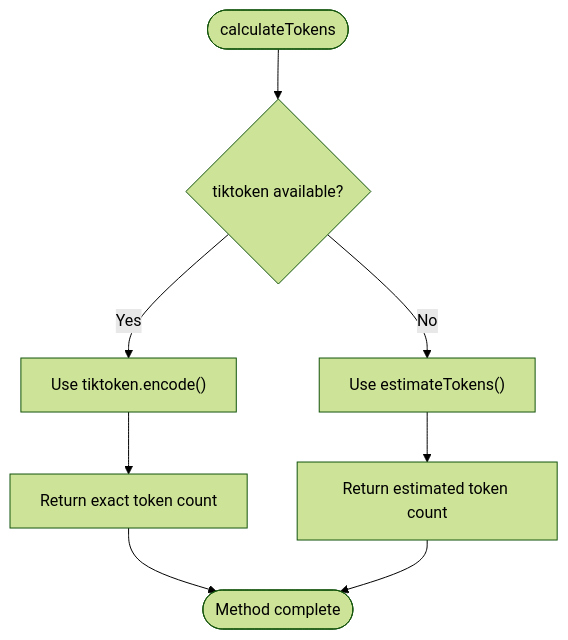
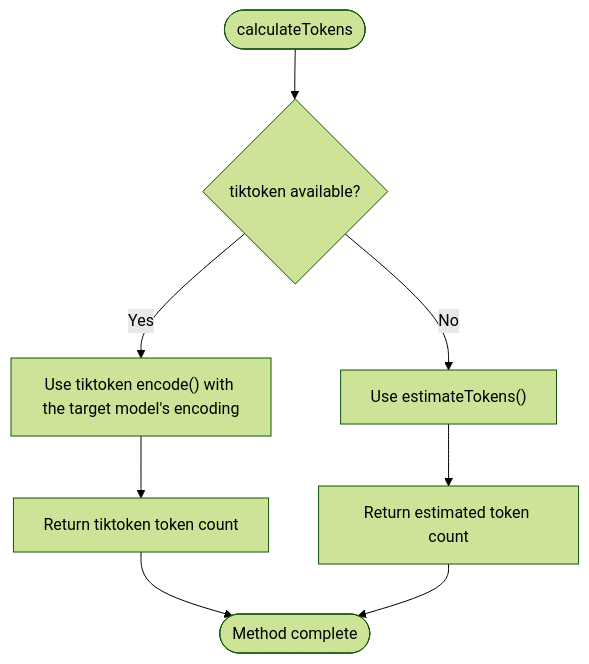
One commit to hakkisagdic/ctxman changed the first of 4 diagrams in docs/content-en/Core Features/Token Counting.md. Above: the diagram before and after it, drawn with Mermaid (forest theme). The commit also changed other lines of this file and 352 other files, not shown here.

````diff
--- a/docs/content-en/Core Features/Token Counting.md
+++ b/docs/content-en/Core Features/Token Counting.md
@@ -51,10 +51,10 @@
 ```mermaid
 flowchart TD
 Start([calculateTokens]) --> CheckTiktoken{"tiktoken available?"}
-CheckTiktoken --> |Yes| ExactCounting["Use tiktoken.encode()"]
+CheckTiktoken --> |Yes| ExactCounting["Use tiktoken encode() with the target model's encoding"]
 CheckTiktoken --> |No| EstimateCounting["Use estimateTokens()"]
-ExactCounting --> ReturnExact["Return exact token count"]
+ExactCounting --> ReturnExact["Return tiktoken token count"]
 EstimateCounting --> ReturnEstimate["Return estimated token count"]
 ReturnExact --> End([Method complete])
 ReturnEstimate --> End
 ```
````
